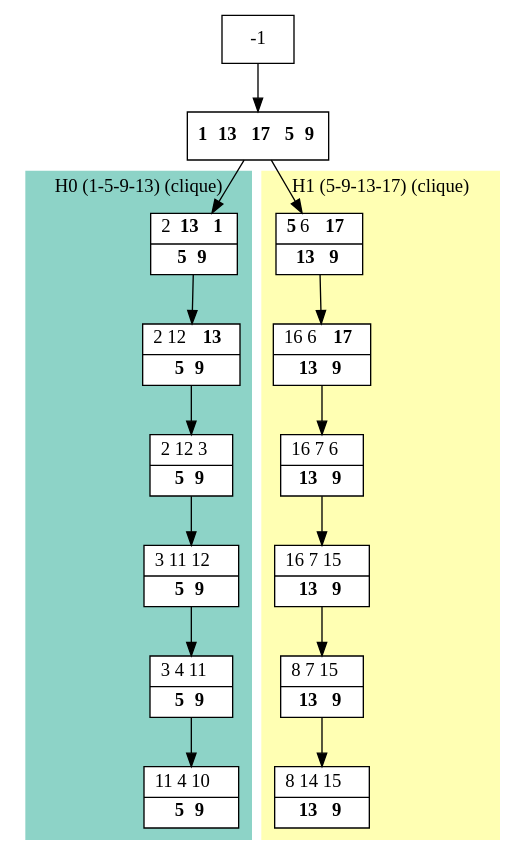
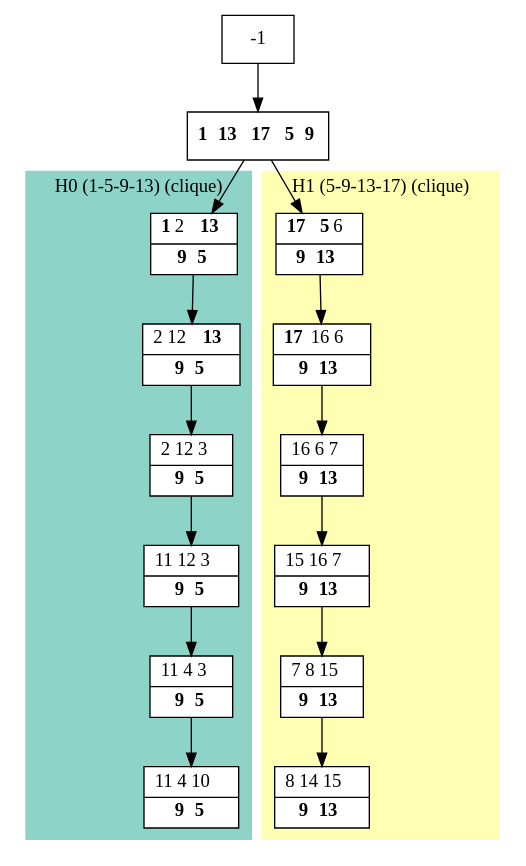
The diagram in results/dot_files/processed_H.dot (bmarchand/auto-dp), drawn with Graphviz before and after one commit. The commit also changed 56 other files, not shown here.

```diff
--- a/results/dot_files/processed_H.dot
+++ b/results/dot_files/processed_H.dot
@@ -1,35 +1,35 @@
 digraph G {
     node [shape=box];
     subgraph cluster0 {
         node [style=filled,fillcolor=white];
         labeljust="l";
         style=filled;
         color="#8DD3C7";
         H0_0 -> H0_1 -> H0_2 -> H0_3 -> H0_4 -> H0_5;
         label="H0 (1-5-9-13) (clique)";
     }
     subgraph cluster1 {
         node [style=filled,fillcolor=white];
         labeljust="l";
         style=filled;
         color="#FFFFB3";
         H1_0 -> H1_1 -> H1_2 -> H1_3 -> H1_4 -> H1_5;
         label="H1 (5-9-13-17) (clique)";
     }
      1 [shape=record,label= <{ <b>1</b> <b>13</b> <b>17</b> <b>5</b> <b>9</b>}> ];
      -1  ->  1;
-     H0_0 [shape=record,label= <{ 2 <b>13</b> <b>1</b>|  <b>5</b> <b>9</b>}> ];
+     H0_0 [shape=record,label= <{ <b>1</b> 2 <b>13</b>|  <b>9</b> <b>5</b>}> ];
      1  ->  H0_0;
-     H0_1 [shape=record,label= <{ 2 12 <b>13</b>|  <b>5</b> <b>9</b>}> ];
-     H0_2 [shape=record,label= <{ 2 12 3|  <b>5</b> <b>9</b>}> ];
-     H0_3 [shape=record,label= <{ 3 11 12|  <b>5</b> <b>9</b>}> ];
-     H0_4 [shape=record,label= <{ 3 4 11|  <b>5</b> <b>9</b>}> ];
-     H0_5 [shape=record,label= <{ 11 4 10|  <b>5</b> <b>9</b>}> ];
-     H1_0 [shape=record,label= <{ <b>5</b> 6 <b>17</b>|  <b>13</b> <b>9</b>}> ];
+     H0_1 [shape=record,label= <{ 2 12 <b>13</b>|  <b>9</b> <b>5</b>}> ];
+     H0_2 [shape=record,label= <{ 2 12 3|  <b>9</b> <b>5</b>}> ];
+     H0_3 [shape=record,label= <{ 11 12 3|  <b>9</b> <b>5</b>}> ];
+     H0_4 [shape=record,label= <{ 11 4 3|  <b>9</b> <b>5</b>}> ];
+     H0_5 [shape=record,label= <{ 11 4 10|  <b>9</b> <b>5</b>}> ];
+     H1_0 [shape=record,label= <{ <b>17</b> <b>5</b> 6|  <b>9</b> <b>13</b>}> ];
      1  ->  H1_0;
-     H1_1 [shape=record,label= <{ 16 6 <b>17</b>|  <b>13</b> <b>9</b>}> ];
-     H1_2 [shape=record,label= <{ 16 7 6|  <b>13</b> <b>9</b>}> ];
-     H1_3 [shape=record,label= <{ 16 7 15|  <b>13</b> <b>9</b>}> ];
-     H1_4 [shape=record,label= <{ 8 7 15|  <b>13</b> <b>9</b>}> ];
-     H1_5 [shape=record,label= <{ 8 14 15|  <b>13</b> <b>9</b>}> ];
+     H1_1 [shape=record,label= <{ <b>17</b> 16 6|  <b>9</b> <b>13</b>}> ];
+     H1_2 [shape=record,label= <{ 16 6 7|  <b>9</b> <b>13</b>}> ];
+     H1_3 [shape=record,label= <{ 15 16 7|  <b>9</b> <b>13</b>}> ];
+     H1_4 [shape=record,label= <{ 7 8 15|  <b>9</b> <b>13</b>}> ];
+     H1_5 [shape=record,label= <{ 8 14 15|  <b>9</b> <b>13</b>}> ];
 }
```
